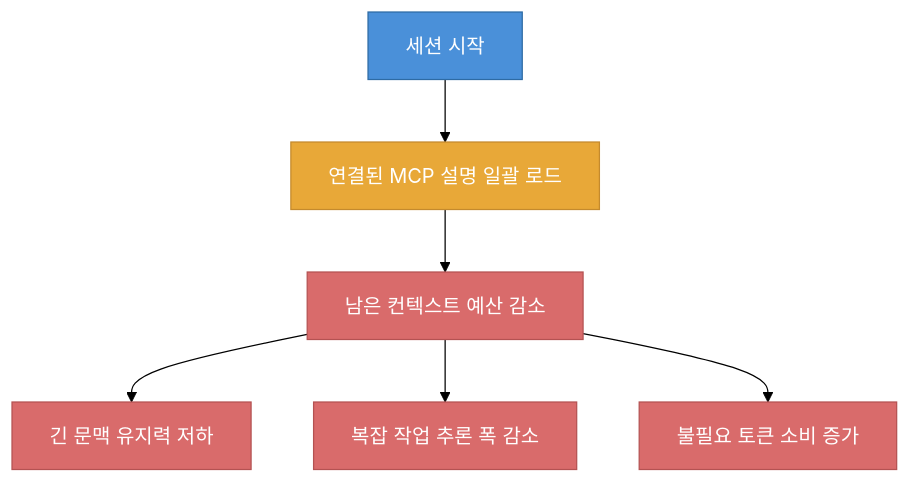
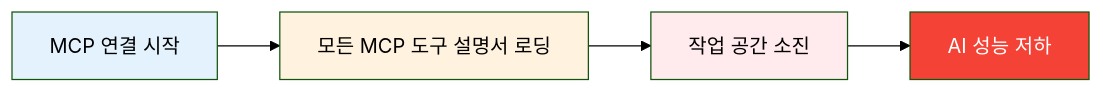
The first of 7 diagrams in content/post/2026/2026-03-03-mcp-is-dead-context-budget-skills.md (gyuha/blog), drawn with Mermaid (forest theme) before and after one commit. The commit also changed other lines of this file, not shown here.

````diff
--- a/content/post/2026/2026-03-03-mcp-is-dead-context-budget-skills.md
+++ b/content/post/2026/2026-03-03-mcp-is-dead-context-budget-skills.md
@@ -56,15 +35,11 @@
 ```mermaid
-flowchart TD
-    A["세션 시작"] --> B["연결된 MCP 설명 일괄 로드"]
-    B --> C["남은 컨텍스트 예산 감소"]
-    C --> D["긴 문맥 유지력 저하"]
-    C --> E["복잡 작업 추론 폭 감소"]
-    C --> F["불필요 토큰 소비 증가"]
+flowchart LR
+    A[MCP 연결 시작] --> B[모든 MCP 도구 설명서 로딩]
+    B --> C[작업 공간 소진]
+    C --> D[AI 성능 저하]
 
-    classDef step fill:#4A90D9,stroke:#2E6BA4,color:#fff
-    classDef load fill:#E8A838,stroke:#C48A2D,color:#fff
-    classDef impact fill:#D96B6B,stroke:#B45252,color:#fff
-    class A step
-    class B load
-    class C,D,E,F impact
+    style A fill:#e3f2fd
+    style B fill:#fff3e0
+    style C fill:#ffebee
+    style D fill:#f44336,color:#fff
 ```
````
